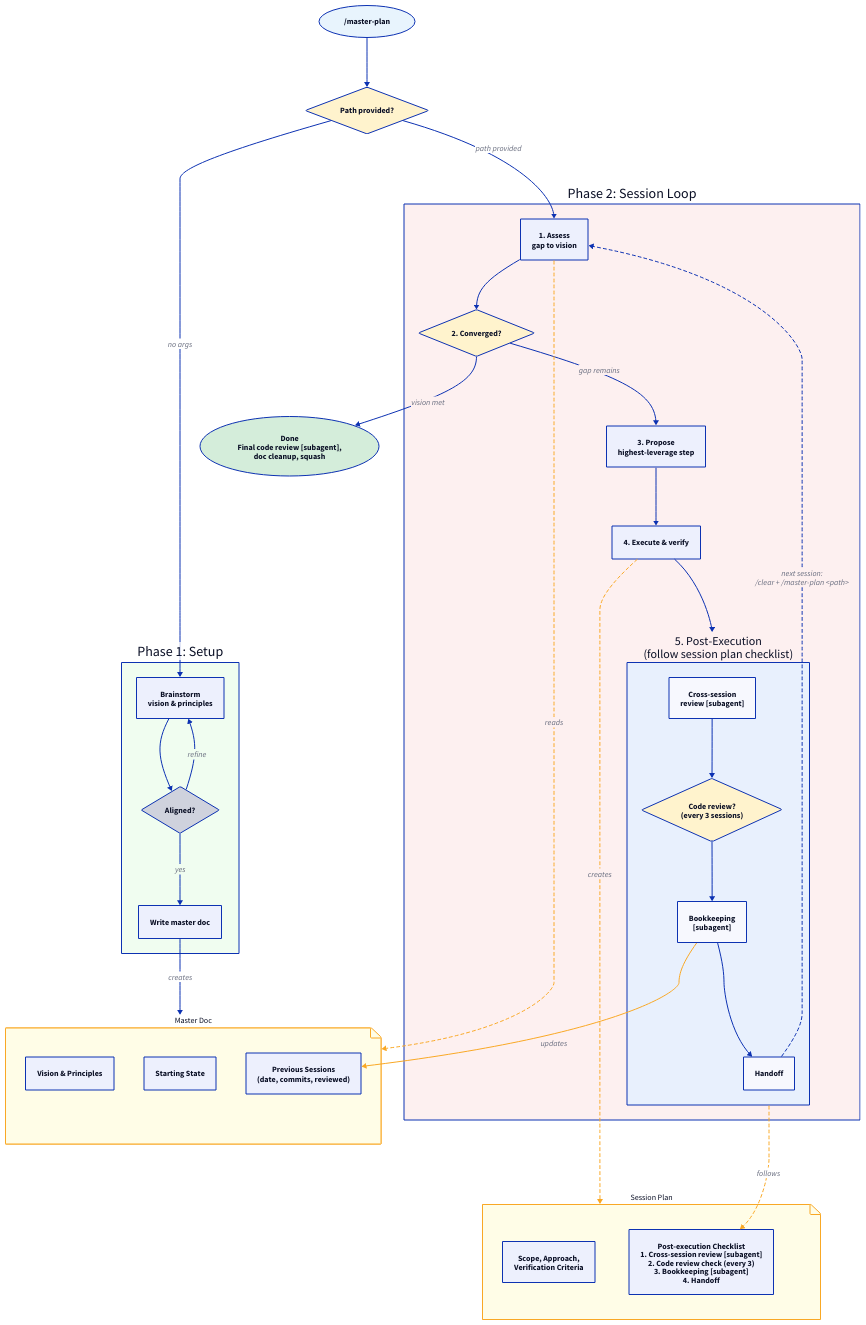
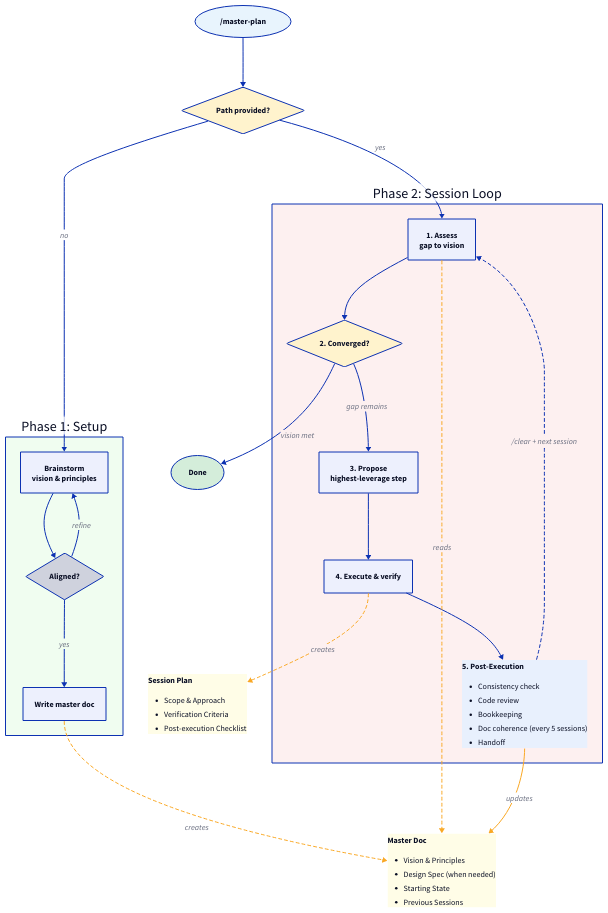
Before and after one commit to lcguerrerocovo/claude-master-plan: the diagram in docs/master-plan-flow.d2, drawn with D2. The commit also changed 5 other files, not shown here.

Commit message:
Add design compliance checks and mandatory post-execution reviews

```diff
--- a/docs/master-plan-flow.d2
+++ b/docs/master-plan-flow.d2
@@ -1,124 +1,126 @@
 direction: down
 
 # --- Entry ---
 
 start: "/master-plan" {
   shape: oval
   style.fill: "#e8f4fd"
 }
 
-has_path: "Path provided?" {
+route: "Path provided?" {
   shape: diamond
   style.fill: "#fff3cd"
 }
 
-start -> has_path
+start -> route
 
 # --- Phase 1 (setup) ---
 
 phase1: "Phase 1: Setup" {
   style.fill: "#f0fdf0"
 
   brainstorm: "Brainstorm\nvision & principles"
   aligned: "Aligned?" { shape: diamond }
   write: "Write master doc"
 
   brainstorm -> aligned
   aligned -> brainstorm: "refine"
   aligned -> write: "yes"
 }
 
-has_path -> phase1.brainstorm: "no args"
+route -> phase1.brainstorm: "no"
 
-phase1.write -> master_doc: "creates"
-
-# --- Artifacts (central) ---
+# --- Artifacts ---
 
 master_doc: "Master Doc" {
   shape: page
   style.fill: "#fffde7"
   style.stroke: "#f9a825"
-  style.font-size: 16
-
-  vision: "Vision & Principles"
-  state: "Starting State"
-  history: "Previous Sessions\n(date, commits, reviewed)"
+  label: |md
+    **Master Doc**
+    - Vision & Principles
+    - Design Spec (when needed)
+    - Starting State
+    - Previous Sessions
+  |
 }
 
-session_plan: "Session Plan" {
-  shape: page
-  style.fill: "#fffde7"
+phase1.write -> master_doc: "creates" {
   style.stroke: "#f9a825"
-  style.font-size: 16
-
-  content: "Scope, Approach,\nVerification Criteria"
-  checklist: "Post-execution Checklist\n1. Cross-session review [subagent]\n2. Code review check (every 3)\n3. Bookkeeping [subagent]\n4. Handoff"
+  style.stroke-dash: 3
 }
 
 # --- Phase 2 (session loop) ---
 
 phase2: "Phase 2: Session Loop" {
   style.fill: "#fdf0f0"
 
   assess: "1. Assess\ngap to vision"
   converge: "2. Converged?" {
     shape: diamond
     style.fill: "#fff3cd"
   }
   propose: "3. Propose\nhighest-leverage step"
   execute: "4. Execute & verify"
-
-  post_exec: "5. Post-Execution\n(follow session plan checklist)" {
+  post_exec: "5. Post-Execution" {
     style.fill: "#e8f0fd"
-    cross_review: "Cross-session\nreview [subagent]"
-    code_review: "Code review?\n(every 3 sessions)" { shape: diamond; style.fill: "#fff3cd" }
-    bookkeep: "Bookkeeping\n[subagent]"
-    handoff: "Handoff"
-    cross_review -> code_review
-    code_review -> bookkeep
-    bookkeep -> handoff
+    label: |md
+      **5. Post-Execution**
+      - Consistency check
+      - Code review
+      - Bookkeeping
+      - Doc coherence (every 5 sessions)
+      - Handoff
+    |
   }
 
   assess -> converge
   converge -> propose: "gap remains"
   propose -> execute
   execute -> post_exec
 }
 
-has_path -> phase2.assess: "path provided"
+route -> phase2.assess: "yes"
 
-# --- Reads/writes ---
+# --- Artifact connections ---
 
 phase2.assess -> master_doc: "reads" {
   style.stroke: "#f9a825"
   style.stroke-dash: 3
+}
+
+phase2.post_exec -> master_doc: "updates" {
+  style.stroke: "#f9a825"
+}
+
+session_plan: "Session Plan" {
+  shape: page
+  style.fill: "#fffde7"
+  style.stroke: "#f9a825"
+  label: |md
+    **Session Plan**
+    - Scope & Approach
+    - Verification Criteria
+    - Post-execution Checklist
+  |
 }
 
 phase2.execute -> session_plan: "creates" {
   style.stroke: "#f9a825"
   style.stroke-dash: 3
 }
 
-phase2.post_exec -> session_plan.checklist: "follows" {
-  style.stroke: "#f9a825"
-  style.stroke-dash: 3
-}
-
-phase2.post_exec.bookkeep -> master_doc.history: "updates" {
-  style.stroke: "#f9a825"
-}
-
-# --- Loop back ---
-
-phase2.post_exec.handoff -> phase2.assess: "next session:\n/clear + /master-plan <path>" {
-  style.stroke-dash: 3
-}
-
 # --- Convergence exit ---
 
-done: "Done\nFinal code review [subagent],\ndoc cleanup, squash" {
+done: "Done" {
   shape: oval
   style.fill: "#d4edda"
 }
 
 phase2.converge -> done: "vision met"
+
+# --- Loop back ---
+
+phase2.post_exec -> phase2.assess: "/clear + next session" {
+  style.stroke-dash: 3
+}
```
